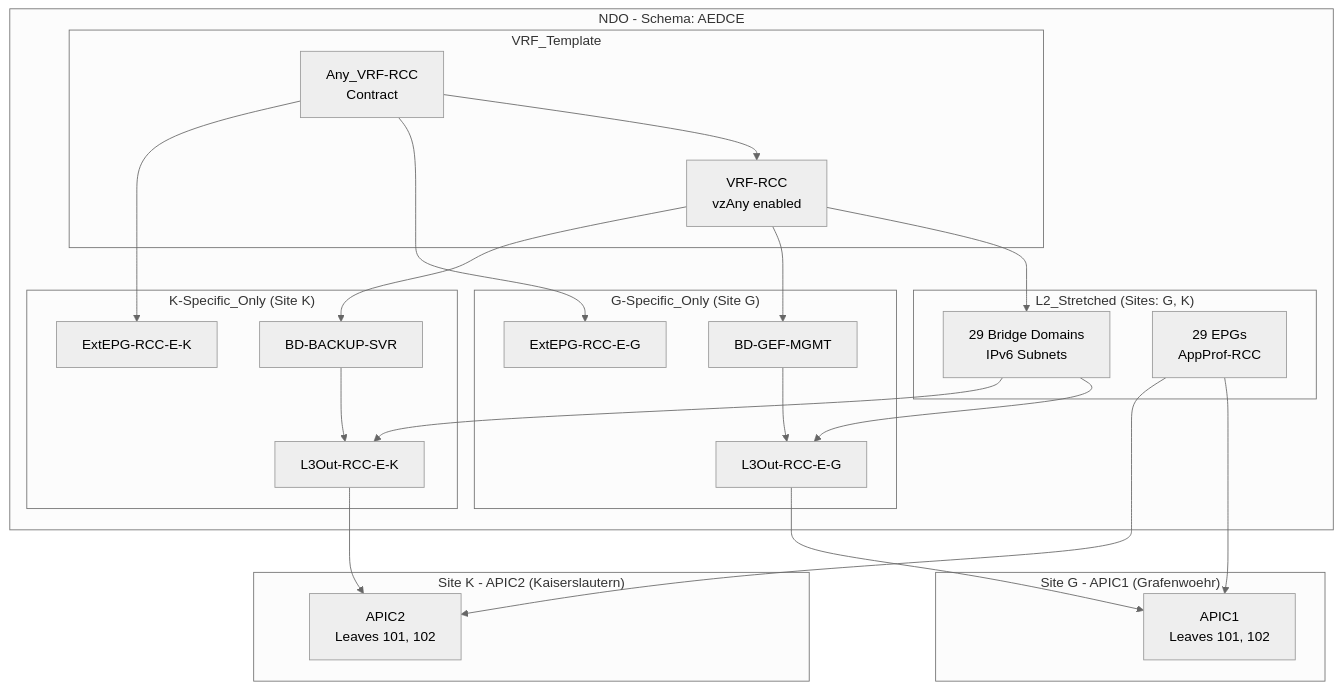
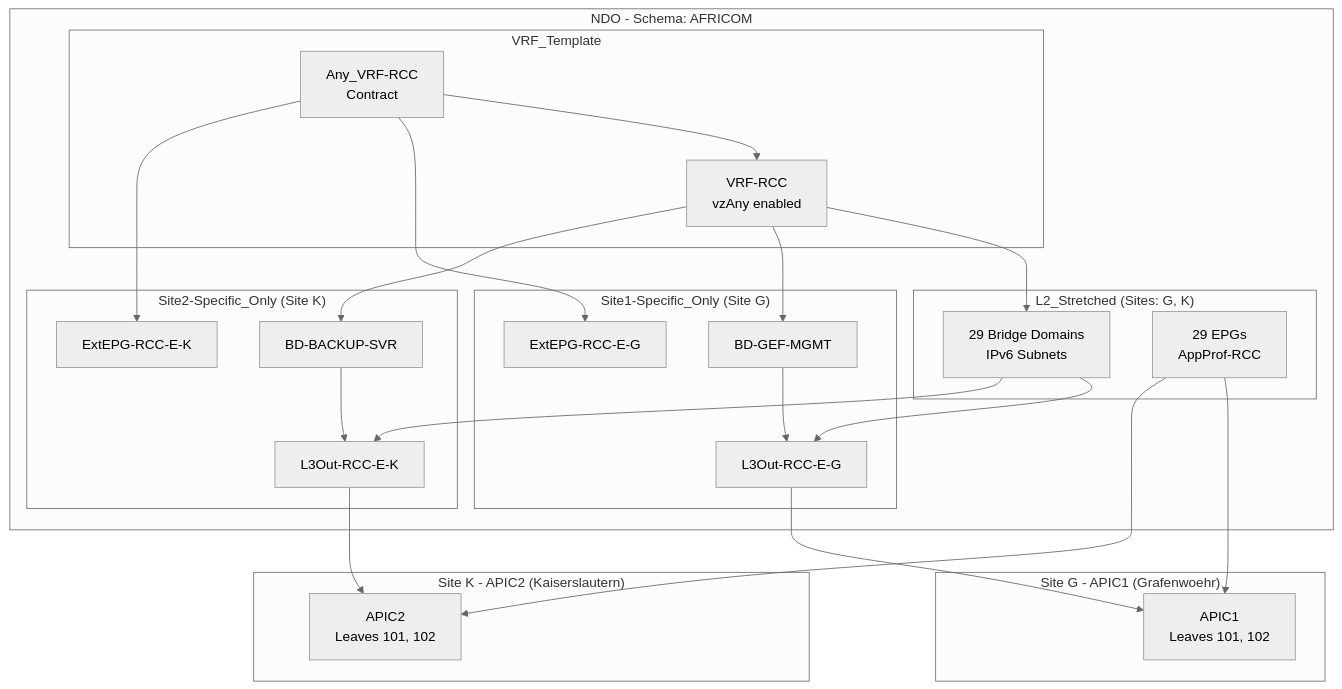
Before and after one commit to johngbarberctr/terraform_redesign_esg: the diagram in docs/ARCHITECTURE_DIAGRAM.md, drawn with Mermaid (neutral theme). The commit also changed other lines of this file and 75 other files, not shown here.

````diff
--- a/docs/ARCHITECTURE_DIAGRAM.md
+++ b/docs/ARCHITECTURE_DIAGRAM.md
@@ -250,51 +250,51 @@
 ```mermaid
 graph TB
-    subgraph NDO["NDO - Schema: AEDCE"]
+    subgraph NDO["NDO - Schema: AFRICOM"]
         subgraph VRF_Template["VRF_Template"]
             VRF[VRF-RCC<br/>vzAny enabled]
             Contract[Any_VRF-RCC<br/>Contract]
         end
         
         subgraph L2_Stretched["L2_Stretched (Sites: G, K)"]
             BDs[29 Bridge Domains<br/>IPv6 Subnets]
             EPGs[29 EPGs<br/>AppProf-RCC]
         end
         
-        subgraph G_Only["G-Specific_Only (Site G)"]
+        subgraph G_Only["Site1-Specific_Only (Site G)"]
             L3OUT_G[L3Out-RCC-E-G]
             EXTEPG_G[ExtEPG-RCC-E-G]
             BD_GEF[BD-GEF-MGMT]
         end
         
-        subgraph K_Only["K-Specific_Only (Site K)"]
+        subgraph K_Only["Site2-Specific_Only (Site K)"]
             L3OUT_K[L3Out-RCC-E-K]
             EXTEPG_K[ExtEPG-RCC-E-K]
             BD_BACKUP[BD-BACKUP-SVR]
         end
     end
     
     subgraph Site_G["Site G - APIC1 (Grafenwoehr)"]
         APIC1[APIC1<br/>Leaves 101, 102]
     end
     
     subgraph Site_K["Site K - APIC2 (Kaiserslautern)"]
         APIC2[APIC2<br/>Leaves 101, 102]
     end
     
     VRF --> BDs
     VRF --> BD_GEF
     VRF --> BD_BACKUP
     Contract --> VRF
     Contract --> EXTEPG_G
     Contract --> EXTEPG_K
     
     BDs --> L3OUT_G
     BDs --> L3OUT_K
     BD_GEF --> L3OUT_G
     BD_BACKUP --> L3OUT_K
     
     L3OUT_G --> APIC1
     L3OUT_K --> APIC2
     EPGs --> APIC1
     EPGs --> APIC2
 ```
````
